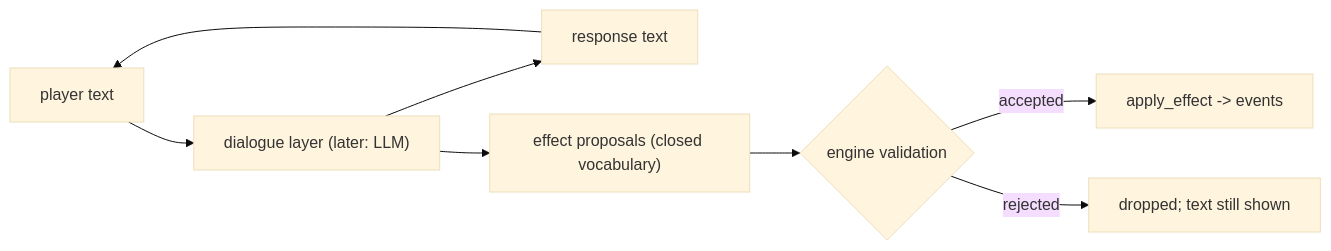
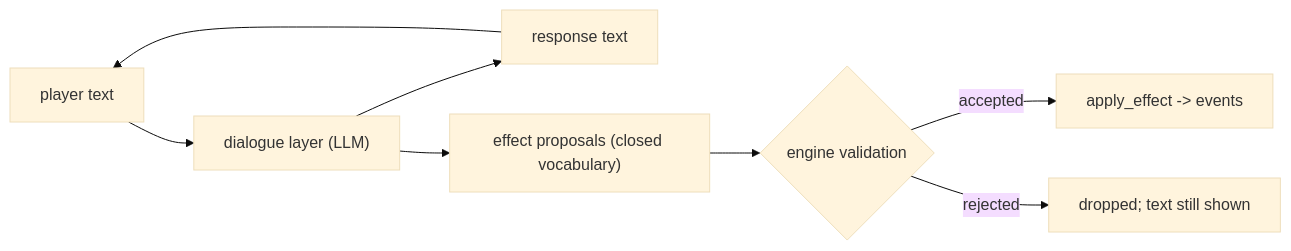
One commit to GoldenWind8/roguelike-mvp changed the first of 2 diagrams in docs/NPCS.md. Above: the diagram before and after it, drawn with Mermaid (base theme). The commit also changed other lines of this file and 1 other file, not shown here.

````diff
--- a/docs/NPCS.md
+++ b/docs/NPCS.md
@@ -94,9 +91,9 @@
 ```mermaid
 flowchart LR
-    P["player text"] --> D["dialogue layer (later: LLM)"]
+    P["player text"] --> D["dialogue layer (LLM)"]
     D --> T["response text"] --> P
     D --> E["effect proposals (closed vocabulary)"]
     E --> V{"engine validation"}
     V -- "accepted" --> A["apply_effect -> events"]
     V -- "rejected" --> X["dropped; text still shown"]
 ```
````
